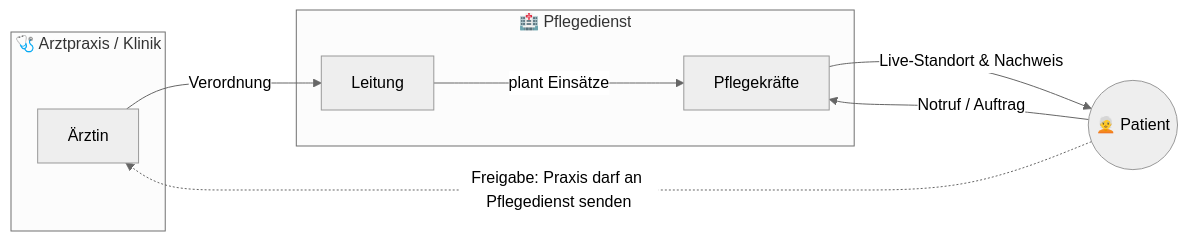
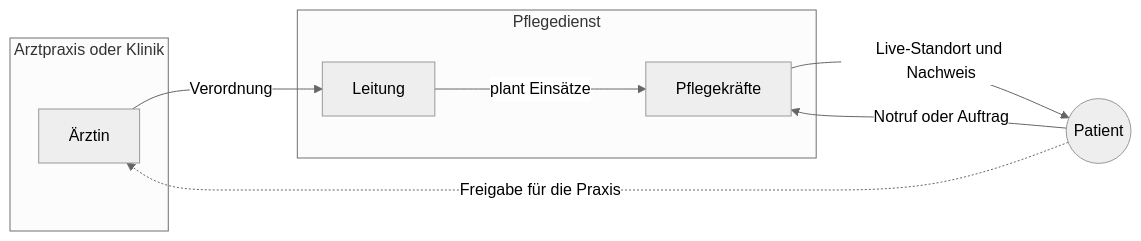
Before and after one commit to Ali-C313/CareConnect_KMP: the second of 3 diagrams in README.md, drawn with Mermaid (neutral theme). The commit also changed other lines of this file, not shown here.

Commit message:
README-Diagramme und Tabellen für Android Studio korrigiert

````diff
--- a/README.md
+++ b/README.md
@@ -175,17 +127,17 @@
 ```mermaid
 flowchart LR
-    subgraph Praxis["🩺 Arztpraxis / Klinik"]
-        D[Ärztin]
+    subgraph Praxis["Arztpraxis oder Klinik"]
+        D["Ärztin"]
     end
-    subgraph Pflege["🏥 Pflegedienst"]
-        L[Leitung]
-        K[Pflegekräfte]
+    subgraph Pflege["Pflegedienst"]
+        L["Leitung"]
+        K["Pflegekräfte"]
     end
-    P((🧑‍🦳 Patient))
+    P(("Patient"))
 
     D -- "Verordnung" --> L
-    P -. "Freigabe: Praxis darf an Pflegedienst senden" .-> D
+    P -. "Freigabe für die Praxis" .-> D
     L -- "plant Einsätze" --> K
-    K -- "Live-Standort & Nachweis" --> P
-    P -- "Notruf / Auftrag" --> K
+    K -- "Live-Standort und Nachweis" --> P
+    P -- "Notruf oder Auftrag" --> K
 ```
````
